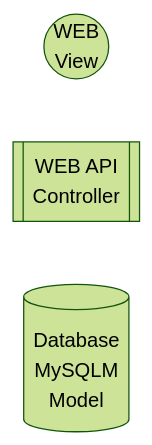
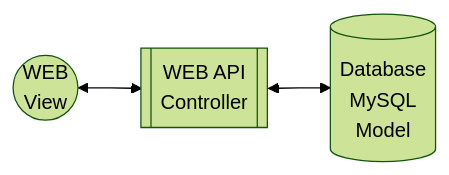
The third of 3 diagrams in README.md (danielscarvalho/md-graph), drawn with Mermaid (forest theme) before and after one commit. The commit also changed other lines of this file, not shown here.

````diff
--- a/README.md
+++ b/README.md
@@ -27,6 +27,8 @@
 ```mermaid
 flowchart LR
-    id1((WEB<br>View))
-    id2[[WEB API<br>Controller]]
-    id3[(Database<br>MySQLM<br>Model)]
+    V((WEB<br>View))
+    C[[WEB API<br>Controller]]
+    M[(Database<br>MySQL<br>Model)]
+    V<-->C
+    C<-->M
 ```
````
